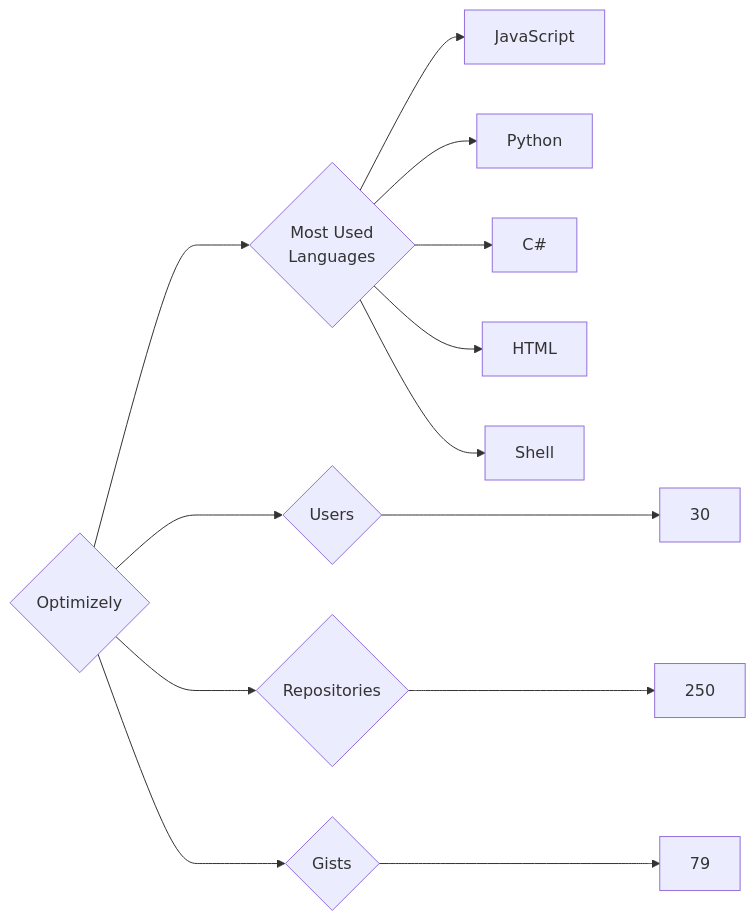
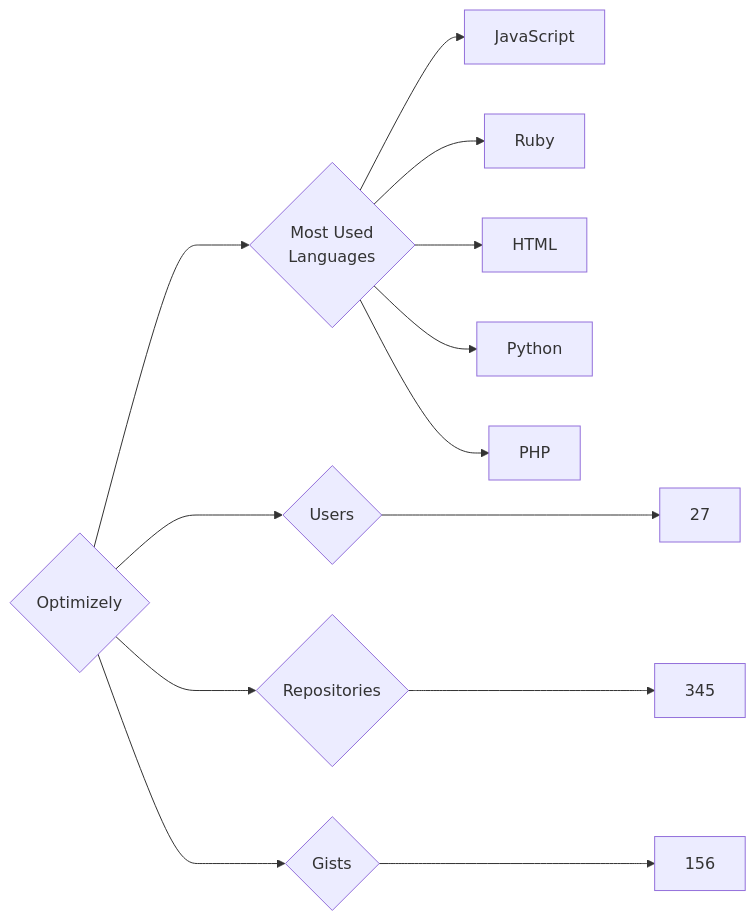
One commit to trickest/insiders changed the diagram in targets/Optimizely/README.md. Above: the diagram before and after it, drawn with Mermaid. The commit also changed 877 other files, not shown here.

````diff
--- a/targets/Optimizely/README.md
+++ b/targets/Optimizely/README.md
@@ -3,13 +3,13 @@
 ```mermaid
 graph LR
 COMPANY_NAME{Optimizely}
-COMPANY_NAME ---> U{Users} ---> UN[30]
-COMPANY_NAME ---> R{Repositories} ---> RN[250]
-COMPANY_NAME ---> G{Gists} ---> GN[79]
+COMPANY_NAME ---> U{Users} ---> UN[27]
+COMPANY_NAME ---> R{Repositories} ---> RN[345]
+COMPANY_NAME ---> G{Gists} ---> GN[156]
 COMPANY_NAME ---> ML{Most Used<br>Languages}
 ML --> JavaScript[JavaScript]
+ML --> Ruby[Ruby]
+ML --> HTML[HTML]
 ML --> Python[Python]
-ML --> C#[C#]
-ML --> HTML[HTML]
-ML --> Shell[Shell]
+ML --> PHP[PHP]
 ```
````
